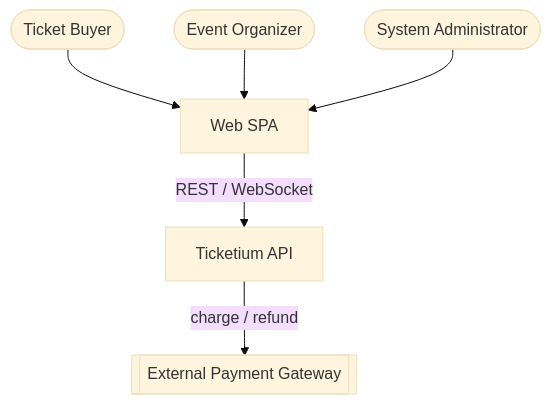
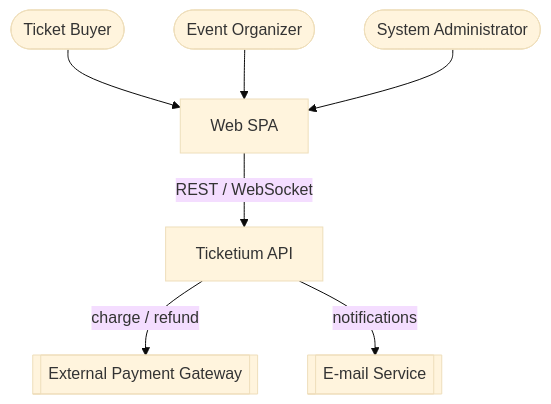
One commit to hrytsykvl/Ticketium changed the first of 4 diagrams in docs/ARCHITECTURE.md. Above: the diagram before and after it, drawn with Mermaid (base theme). The commit also changed other lines of this file and 6 other files, not shown here.

````diff
--- a/docs/ARCHITECTURE.md
+++ b/docs/ARCHITECTURE.md
@@ -23,13 +28,14 @@
 ```mermaid
 graph TD
     Buyer([Ticket Buyer])
     Organizer([Event Organizer])
     Admin([System Administrator])
 
     Buyer --> SPA[Web SPA]
     Organizer --> SPA
     Admin --> SPA
 
     SPA -->|REST / WebSocket| API[Ticketium API]
     API -->|charge / refund| Gateway[[External Payment Gateway]]
+    API -->|notifications| Mail[[E-mail Service]]
 ```
````
